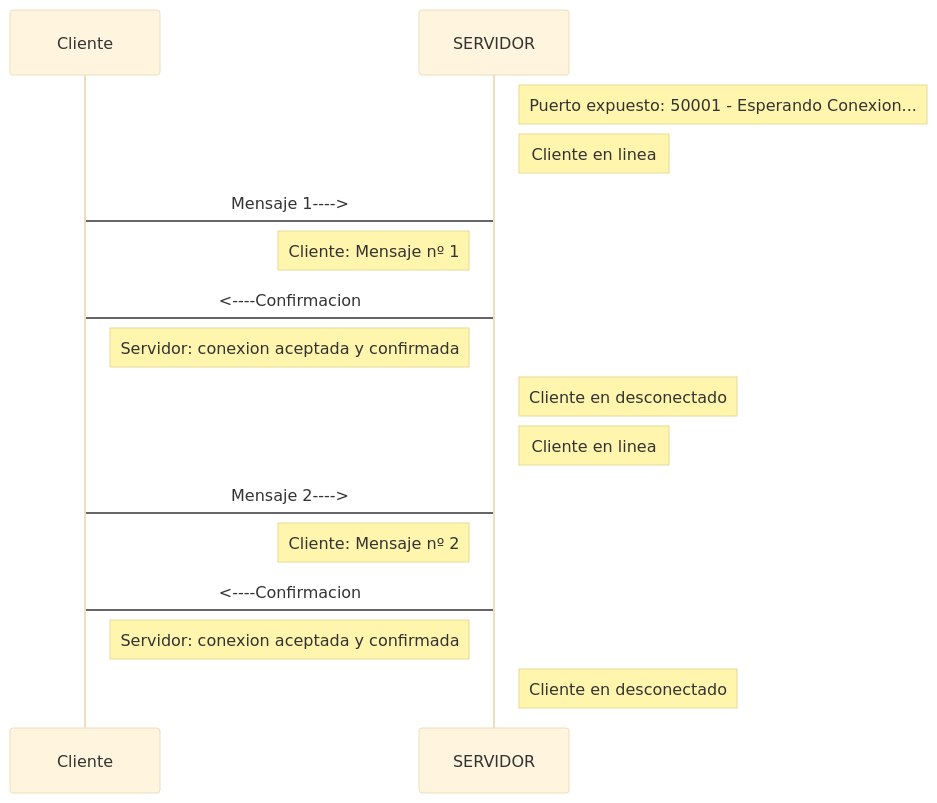
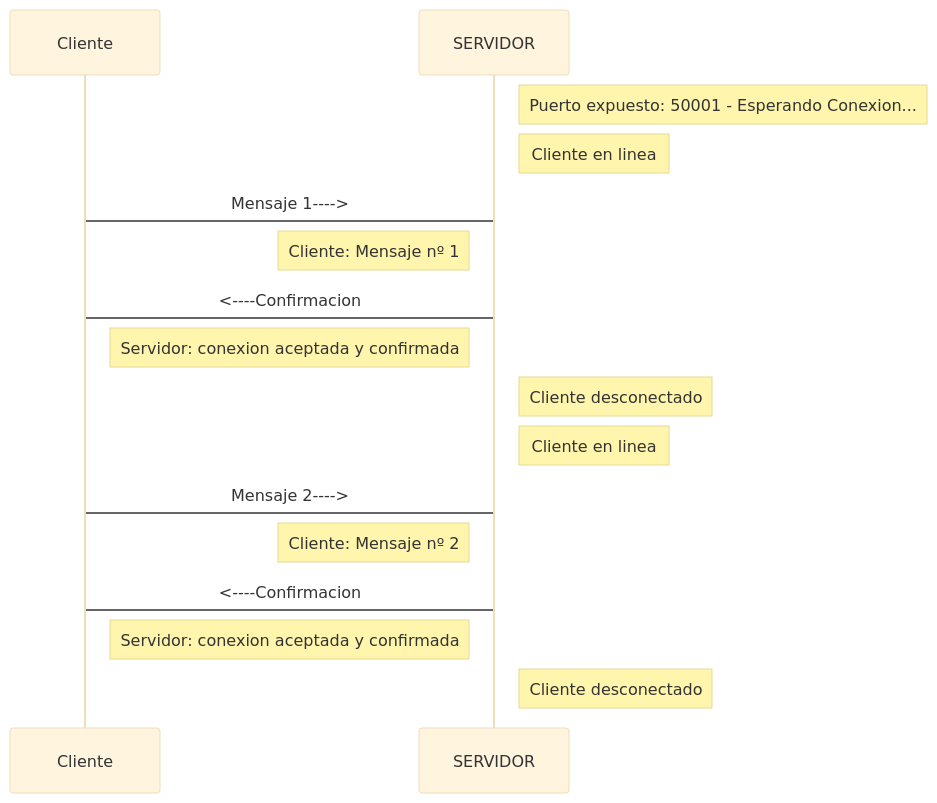
The diagram in README.md (cdmzero/SocketTCP), drawn with Mermaid (base theme) before and after one commit.

````diff
--- a/README.md
+++ b/README.md
@@ -13,19 +13,19 @@
 ```mermaid
 sequenceDiagram
 
     participant Cliente
     participant SERVIDOR
     Note right of SERVIDOR: Puerto expuesto: 50001 - Esperando Conexion...
     Note right of SERVIDOR: Cliente en linea
     Cliente->SERVIDOR: Mensaje 1---->
     Note left of SERVIDOR: Cliente: Mensaje nº 1
     SERVIDOR->Cliente: <----Confirmacion
     Note left of SERVIDOR: Servidor: conexion aceptada y confirmada
-    Note right of SERVIDOR: Cliente en desconectado
+    Note right of SERVIDOR: Cliente desconectado
     Note right of SERVIDOR: Cliente en linea
     Cliente->SERVIDOR: Mensaje 2---->
     Note left of SERVIDOR: Cliente: Mensaje nº 2
     SERVIDOR->Cliente: <----Confirmacion
     Note left of SERVIDOR: Servidor: conexion aceptada y confirmada
-    Note right of SERVIDOR: Cliente en desconectado
+    Note right of SERVIDOR: Cliente desconectado
 ```
````
